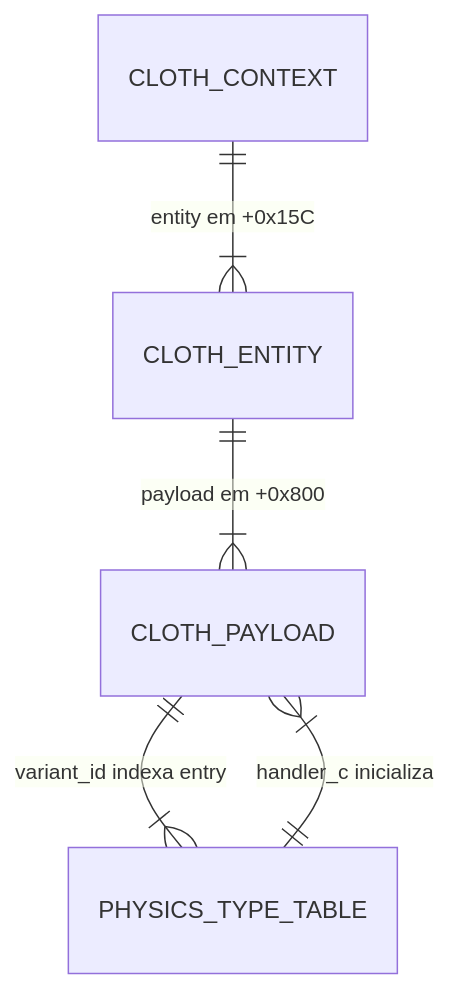
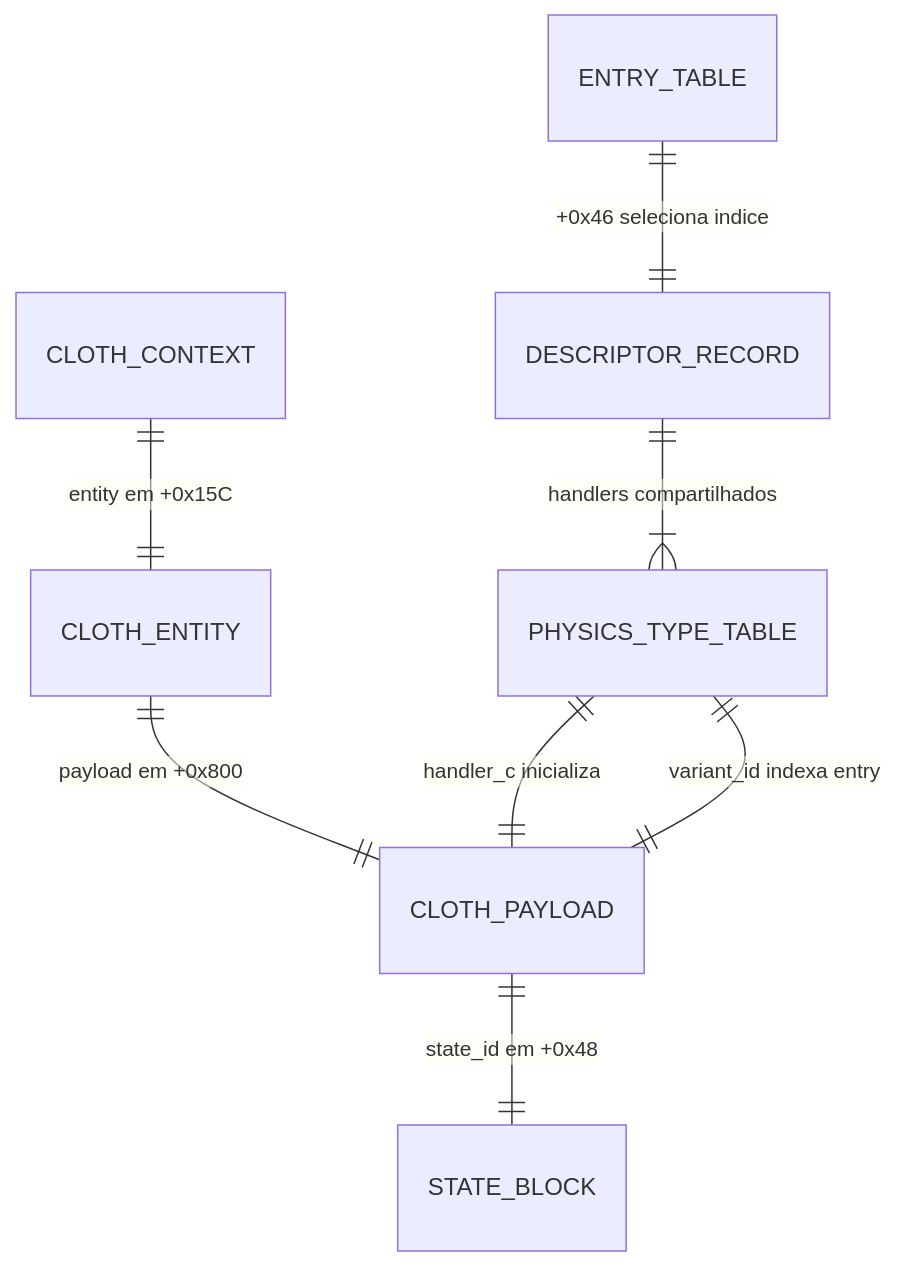
Before and after one commit to odevpedro/ico-reconstruction: the diagram in docs/data-model.md, drawn with Mermaid. The commit also changed other lines of this file and 5 other files, not shown here.

````diff
--- a/docs/data-model.md
+++ b/docs/data-model.md
@@ -30,7 +30,10 @@
 ```mermaid
 erDiagram
-    CLOTH_CONTEXT ||--|{ CLOTH_ENTITY : "entity em +0x15C"
-    CLOTH_ENTITY ||--|{ CLOTH_PAYLOAD : "payload em +0x800"
-    CLOTH_PAYLOAD ||--|{ PHYSICS_TYPE_TABLE : "variant_id indexa entry"
-    PHYSICS_TYPE_TABLE ||--|{ CLOTH_PAYLOAD : "handler_c inicializa"
+    ENTRY_TABLE ||--|| DESCRIPTOR_RECORD : "+0x46 seleciona indice"
+    DESCRIPTOR_RECORD ||--|{ PHYSICS_TYPE_TABLE : "handlers compartilhados"
+    CLOTH_CONTEXT ||--|| CLOTH_ENTITY : "entity em +0x15C"
+    CLOTH_ENTITY ||--|| CLOTH_PAYLOAD : "payload em +0x800"
+    CLOTH_PAYLOAD ||--|| PHYSICS_TYPE_TABLE : "variant_id indexa entry"
+    PHYSICS_TYPE_TABLE ||--|| CLOTH_PAYLOAD : "handler_c inicializa"
+    CLOTH_PAYLOAD ||--|| STATE_BLOCK : "state_id em +0x48"
 ```
````
